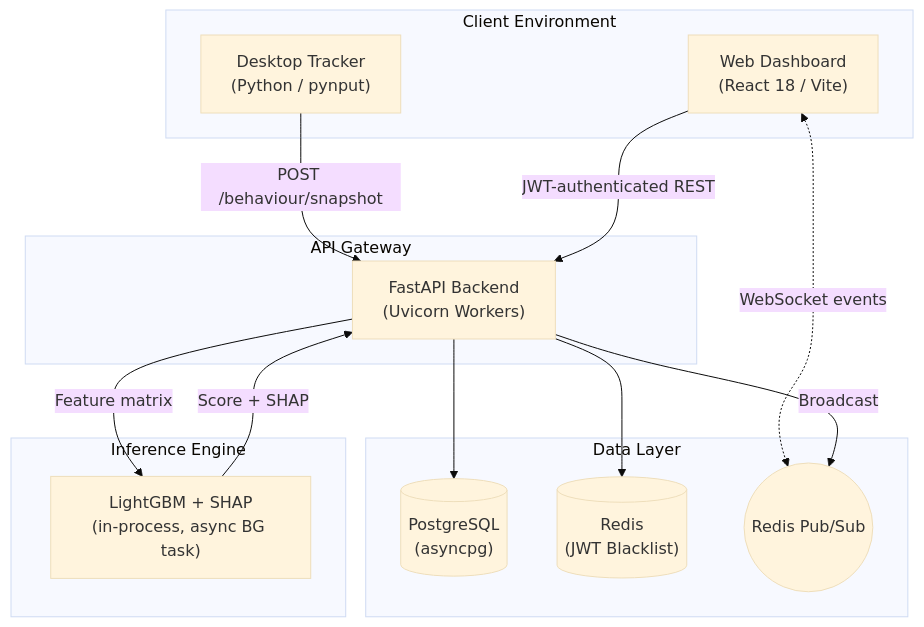
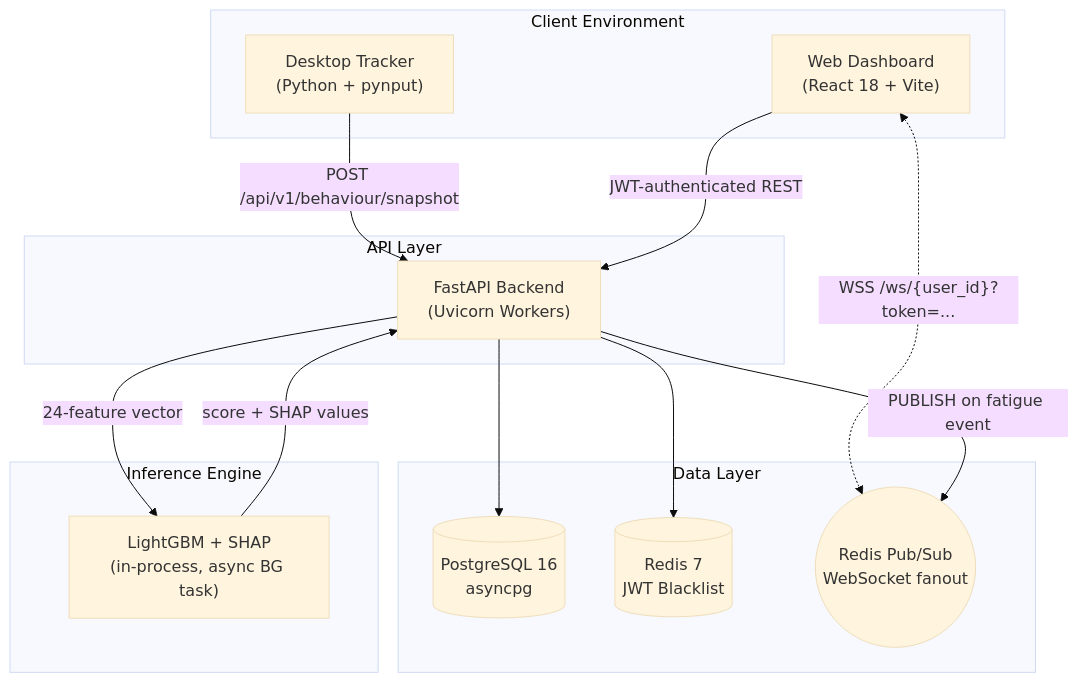
The first of 3 diagrams in README.md (SahanaK17/Real-Time-Mental-Fatigue-Detection), drawn with Mermaid (base theme) before and after one commit. The commit also changed other lines of this file and 14 other files, not shown here.

````diff
--- a/README.md
+++ b/README.md
@@ -98,30 +99,30 @@
 ```mermaid
 graph TD
     subgraph "Client Environment"
-        Tracker["Desktop Tracker<br/>(Python / pynput)"]
-        Browser["Web Dashboard<br/>(React 18 / Vite)"]
+        Tracker["Desktop Tracker<br/>(Python + pynput)"]
+        Browser["Web Dashboard<br/>(React 18 + Vite)"]
     end
 
-    subgraph "API Gateway"
+    subgraph "API Layer"
         API["FastAPI Backend<br/>(Uvicorn Workers)"]
     end
 
     subgraph "Data Layer"
-        DB[("PostgreSQL<br/>(asyncpg)")]
-        Cache[("Redis<br/>(JWT Blacklist)")]
-        PubSub(("Redis Pub/Sub"))
+        DB[("PostgreSQL 16<br/>asyncpg")]
+        Cache[("Redis 7<br/>JWT Blacklist")]
+        PubSub(("Redis Pub/Sub<br/>WebSocket fanout"))
     end
 
     subgraph "Inference Engine"
         ML["LightGBM + SHAP<br/>(in-process, async BG task)"]
     end
 
-    Tracker -- "POST /behaviour/snapshot" --> API
+    Tracker -- "POST /api/v1/behaviour/snapshot" --> API
     Browser -- "JWT-authenticated REST" --> API
-    Browser <-.->|"WebSocket events"| PubSub
+    Browser <-.->|"WSS /ws/{user_id}?token=..."| PubSub
     API --> DB
     API --> Cache
-    API -->|"Broadcast"| PubSub
-    API -->|"Feature matrix"| ML
-    ML -->|"Score + SHAP"| API
+    API -->|"PUBLISH on fatigue event"| PubSub
+    API -->|"24-feature vector"| ML
+    ML -->|"score + SHAP values"| API
 ```
````
